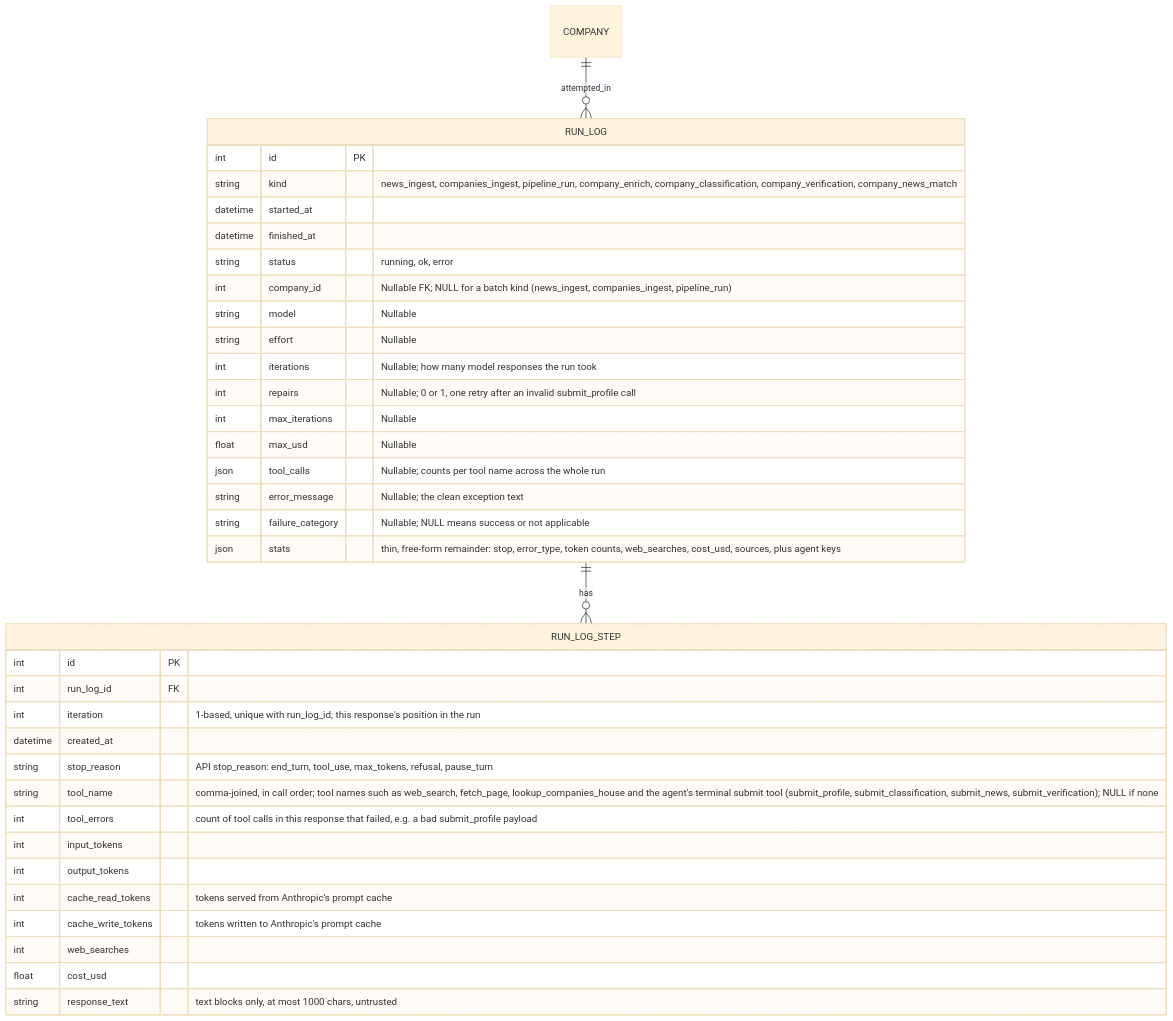
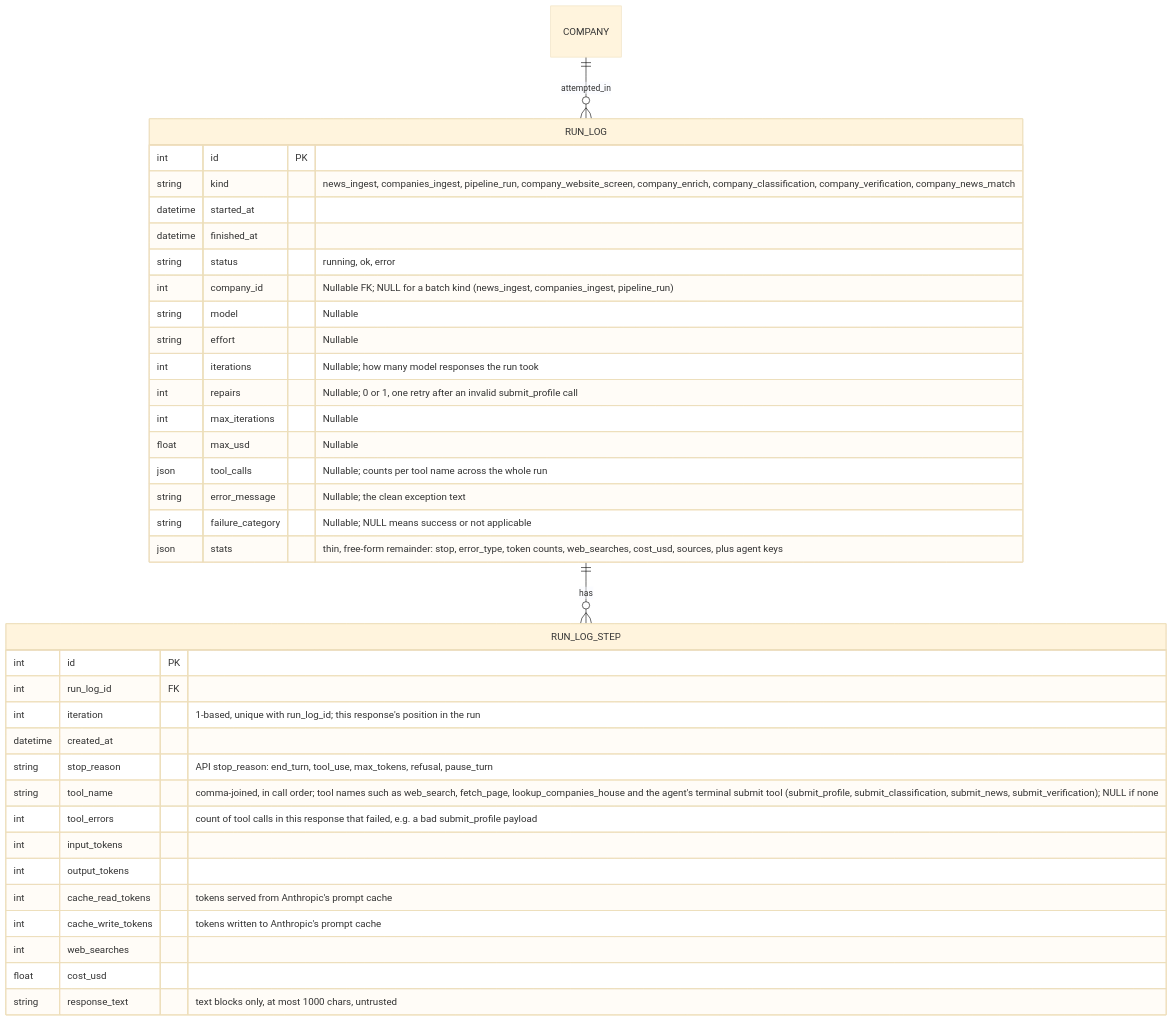
The second of 2 diagrams in docs/architecture/2. data-model.md (Farzaanee/sprout), drawn with Mermaid (base theme) before and after one commit. The commit also changed other lines of this file and 15 other files, not shown here.

Commit message:
Add a pre-screening to enrichment pipeline to enrich only companies that has a website

````diff
--- a/docs/architecture/2. data-model.md
+++ b/docs/architecture/2. data-model.md
@@ -84,39 +84,39 @@
 ```mermaid
 erDiagram
     COMPANY ||--o{ RUN_LOG : attempted_in
     RUN_LOG ||--o{ RUN_LOG_STEP : has
     RUN_LOG {
         int id PK
-        string kind "news_ingest, companies_ingest, pipeline_run, company_enrich, company_classification, company_verification, company_news_match"
+        string kind "news_ingest, companies_ingest, pipeline_run, company_website_screen, company_enrich, company_classification, company_verification, company_news_match"
         datetime started_at
         datetime finished_at
         string status "running, ok, error"
         int company_id "Nullable FK; NULL for a batch kind (news_ingest, companies_ingest, pipeline_run)"
         string model "Nullable"
         string effort "Nullable"
         int iterations "Nullable; how many model responses the run took"
         int repairs "Nullable; 0 or 1, one retry after an invalid submit_profile call"
         int max_iterations "Nullable"
         float max_usd "Nullable"
         json tool_calls "Nullable; counts per tool name across the whole run"
         string error_message "Nullable; the clean exception text"
         string failure_category "Nullable; NULL means success or not applicable"
         json stats "thin, free-form remainder: stop, error_type, token counts, web_searches, cost_usd, sources, plus agent keys"
     }
     RUN_LOG_STEP {
         int id PK
         int run_log_id FK
         int iteration "1-based, unique with run_log_id; this response's position in the run"
         datetime created_at
         string stop_reason "API stop_reason: end_turn, tool_use, max_tokens, refusal, pause_turn"
         string tool_name "comma-joined, in call order; tool names such as web_search, fetch_page, lookup_companies_house and the agent's terminal submit tool (submit_profile, submit_classification, submit_news, submit_verification); NULL if none"
         int tool_errors "count of tool calls in this response that failed, e.g. a bad submit_profile payload"
         int input_tokens
         int output_tokens
         int cache_read_tokens "tokens served from Anthropic's prompt cache"
         int cache_write_tokens "tokens written to Anthropic's prompt cache"
         int web_searches
         float cost_usd
         string response_text "text blocks only, at most 1000 chars, untrusted"
     }
 ```
````
